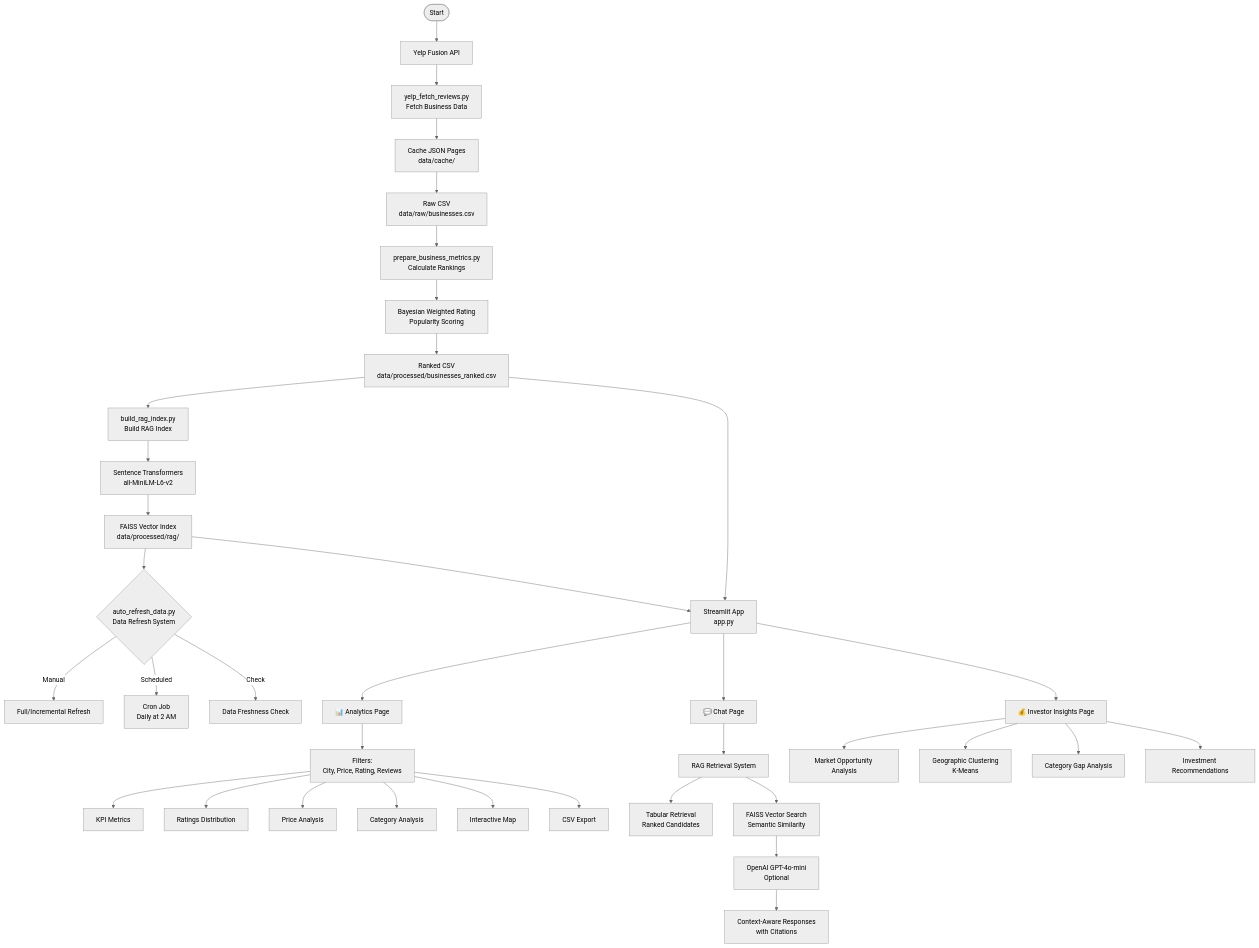
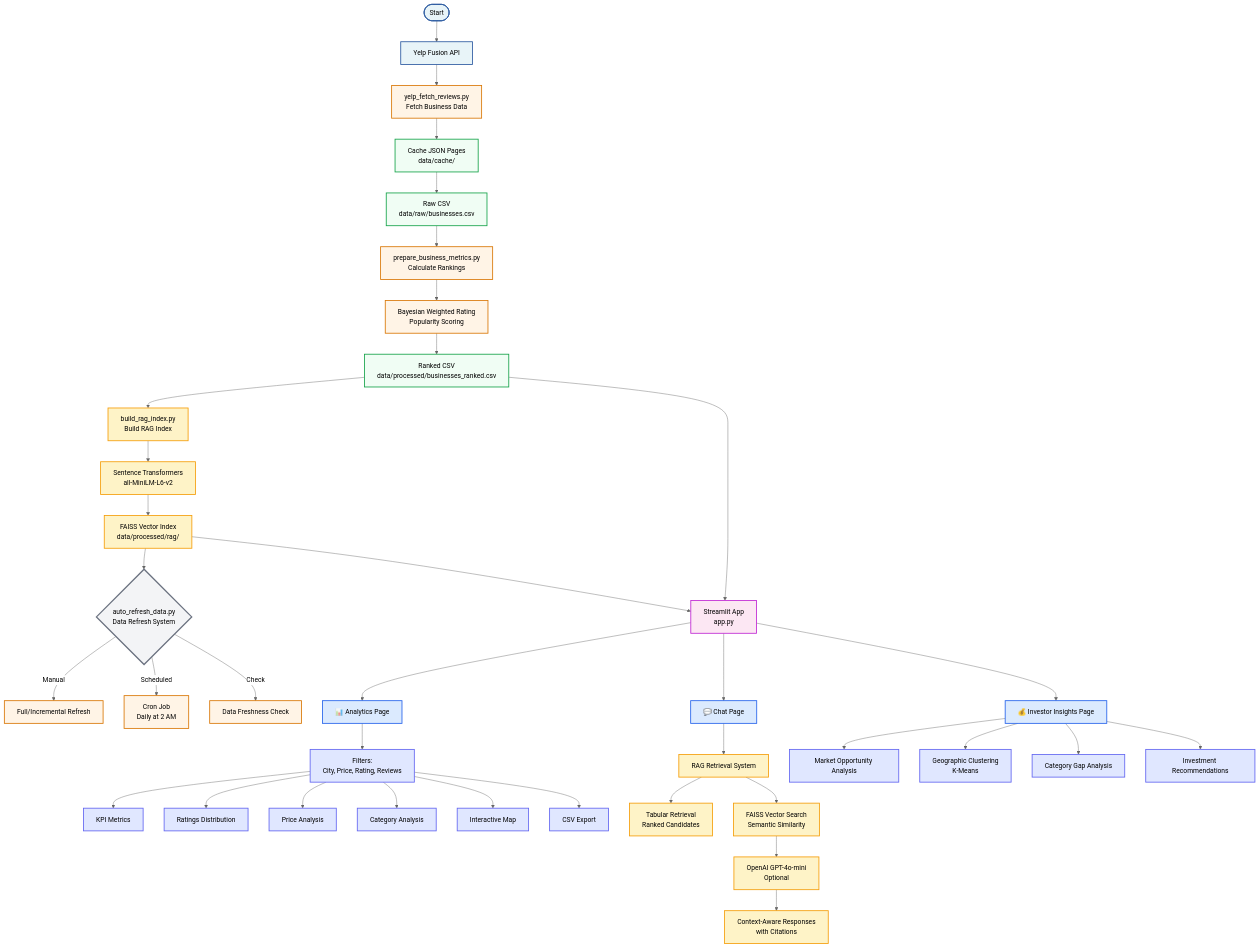
Before and after one commit to dcbhupendra7/Yelp-Odessa-Midland: the diagram in docs/technology/architecture.md, drawn with Mermaid (neutral theme). The commit also changed other lines of this file and 1 other file, not shown here.

Commit message:
fix:color change for mkdocs

````diff
--- a/docs/technology/architecture.md
+++ b/docs/technology/architecture.md
@@ -11,47 +11,57 @@
 ```mermaid
 graph TB
-    Start([Start]) --> YelpAPI[Yelp Fusion API]
+    %% Styling for better readability
+    classDef apiClass fill:#e8f4f8,stroke:#2c5aa0,stroke-width:2px,color:#000
+    classDef processClass fill:#fff4e6,stroke:#d97706,stroke-width:2px,color:#000
+    classDef dataClass fill:#f0fdf4,stroke:#16a34a,stroke-width:2px,color:#000
+    classDef ragClass fill:#fef3c7,stroke:#f59e0b,stroke-width:2px,color:#000
+    classDef appClass fill:#fce7f3,stroke:#c026d3,stroke-width:2px,color:#000
+    classDef decisionClass fill:#f3f4f6,stroke:#6b7280,stroke-width:3px,color:#000
+    classDef pageClass fill:#dbeafe,stroke:#2563eb,stroke-width:2px,color:#000
+    classDef featureClass fill:#e0e7ff,stroke:#6366f1,stroke-width:2px,color:#000
     
-    YelpAPI --> Fetch[yelp_fetch_reviews.py<br/>Fetch Business Data]
-    Fetch --> Cache[Cache JSON Pages<br/>data/cache/]
-    Cache --> RawCSV[Raw CSV<br/>data/raw/businesses.csv]
+    Start([Start]):::apiClass --> YelpAPI[Yelp Fusion API]:::apiClass
     
-    RawCSV --> Process[prepare_business_metrics.py<br/>Calculate Rankings]
-    Process --> Bayesian[Bayesian Weighted Rating<br/>Popularity Scoring]
-    Bayesian --> RankedCSV[Ranked CSV<br/>data/processed/businesses_ranked.csv]
+    YelpAPI --> Fetch[yelp_fetch_reviews.py<br/>Fetch Business Data]:::processClass
+    Fetch --> Cache[Cache JSON Pages<br/>data/cache/]:::dataClass
+    Cache --> RawCSV[Raw CSV<br/>data/raw/businesses.csv]:::dataClass
     
-    RankedCSV --> BuildRAG[build_rag_index.py<br/>Build RAG Index]
-    BuildRAG --> Embeddings[Sentence Transformers<br/>all-MiniLM-L6-v2]
-    Embeddings --> FAISS[FAISS Vector Index<br/>data/processed/rag/]
+    RawCSV --> Process[prepare_business_metrics.py<br/>Calculate Rankings]:::processClass
+    Process --> Bayesian[Bayesian Weighted Rating<br/>Popularity Scoring]:::processClass
+    Bayesian --> RankedCSV[Ranked CSV<br/>data/processed/businesses_ranked.csv]:::dataClass
     
-    FAISS --> AutoRefresh{auto_refresh_data.py<br/>Data Refresh System}
-    AutoRefresh -->|Manual| ManualRefresh[Full/Incremental Refresh]
-    AutoRefresh -->|Scheduled| CronJob[Cron Job<br/>Daily at 2 AM]
-    AutoRefresh -->|Check| StatusCheck[Data Freshness Check]
+    RankedCSV --> BuildRAG[build_rag_index.py<br/>Build RAG Index]:::ragClass
+    BuildRAG --> Embeddings[Sentence Transformers<br/>all-MiniLM-L6-v2]:::ragClass
+    Embeddings --> FAISS[FAISS Vector Index<br/>data/processed/rag/]:::ragClass
     
-    RankedCSV --> Streamlit[Streamlit App<br/>app.py]
+    FAISS --> AutoRefresh{auto_refresh_data.py<br/>Data Refresh System}:::decisionClass
+    AutoRefresh -->|Manual| ManualRefresh[Full/Incremental Refresh]:::processClass
+    AutoRefresh -->|Scheduled| CronJob[Cron Job<br/>Daily at 2 AM]:::processClass
+    AutoRefresh -->|Check| StatusCheck[Data Freshness Check]:::processClass
+    
+    RankedCSV --> Streamlit[Streamlit App<br/>app.py]:::appClass
     FAISS --> Streamlit
     
-    Streamlit --> Analytics[📊 Analytics Page]
-    Streamlit --> Chat[💬 Chat Page]
-    Streamlit --> Investor[💰 Investor Insights Page]
+    Streamlit --> Analytics[📊 Analytics Page]:::pageClass
+    Streamlit --> Chat[💬 Chat Page]:::pageClass
+    Streamlit --> Investor[💰 Investor Insights Page]:::pageClass
     
-    Analytics --> Filters[Filters:<br/>City, Price, Rating, Reviews]
-    Filters --> Viz1[KPI Metrics]
-    Filters --> Viz2[Ratings Distribution]
-    Filters --> Viz3[Price Analysis]
-    Filters --> Viz4[Category Analysis]
-    Filters --> Viz5[Interactive Map]
-    Filters --> Export[CSV Export]
+    Analytics --> Filters[Filters:<br/>City, Price, Rating, Reviews]:::featureClass
+    Filters --> Viz1[KPI Metrics]:::featureClass
+    Filters --> Viz2[Ratings Distribution]:::featureClass
+    Filters --> Viz3[Price Analysis]:::featureClass
+    Filters --> Viz4[Category Analysis]:::featureClass
+    Filters --> Viz5[Interactive Map]:::featureClass
+    Filters --> Export[CSV Export]:::featureClass
     
-    Chat --> RAGSystem[RAG Retrieval System]
-    RAGSystem --> TabularRetrieval[Tabular Retrieval<br/>Ranked Candidates]
-    RAGSystem --> VectorSearch[FAISS Vector Search<br/>Semantic Similarity]
-    VectorSearch --> LLM[OpenAI GPT-4o-mini<br/>Optional]
-    LLM --> ChatResponse[Context-Aware Responses<br/>with Citations]
+    Chat --> RAGSystem[RAG Retrieval System]:::ragClass
+    RAGSystem --> TabularRetrieval[Tabular Retrieval<br/>Ranked Candidates]:::ragClass
+    RAGSystem --> VectorSearch[FAISS Vector Search<br/>Semantic Similarity]:::ragClass
+    VectorSearch --> LLM[OpenAI GPT-4o-mini<br/>Optional]:::ragClass
+    LLM --> ChatResponse[Context-Aware Responses<br/>with Citations]:::ragClass
     
-    Investor --> MarketAnalysis[Market Opportunity Analysis]
-    Investor --> LocationClustering[Geographic Clustering<br/>K-Means]
-    Investor --> CategoryGaps[Category Gap Analysis]
-    Investor --> InvestmentInsights[Investment Recommendations]
+    Investor --> MarketAnalysis[Market Opportunity Analysis]:::featureClass
+    Investor --> LocationClustering[Geographic Clustering<br/>K-Means]:::featureClass
+    Investor --> CategoryGaps[Category Gap Analysis]:::featureClass
+    Investor --> InvestmentInsights[Investment Recommendations]:::featureClass
 ```
````
